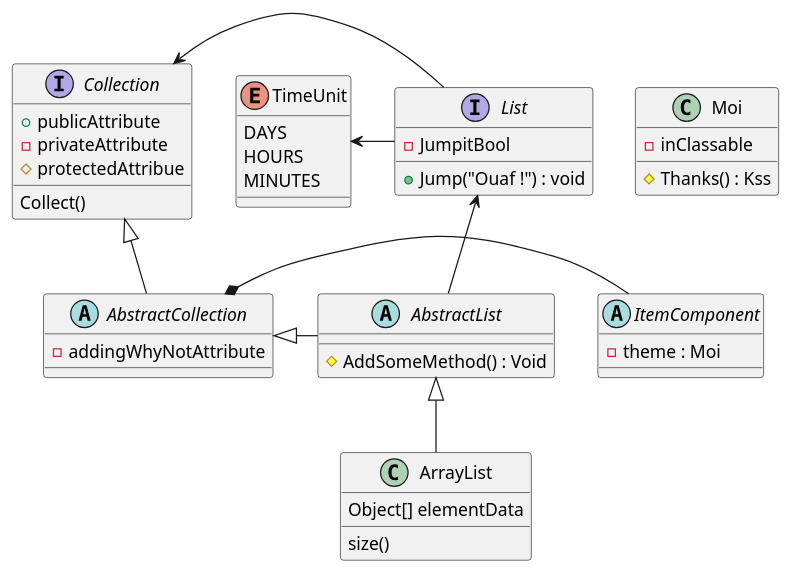
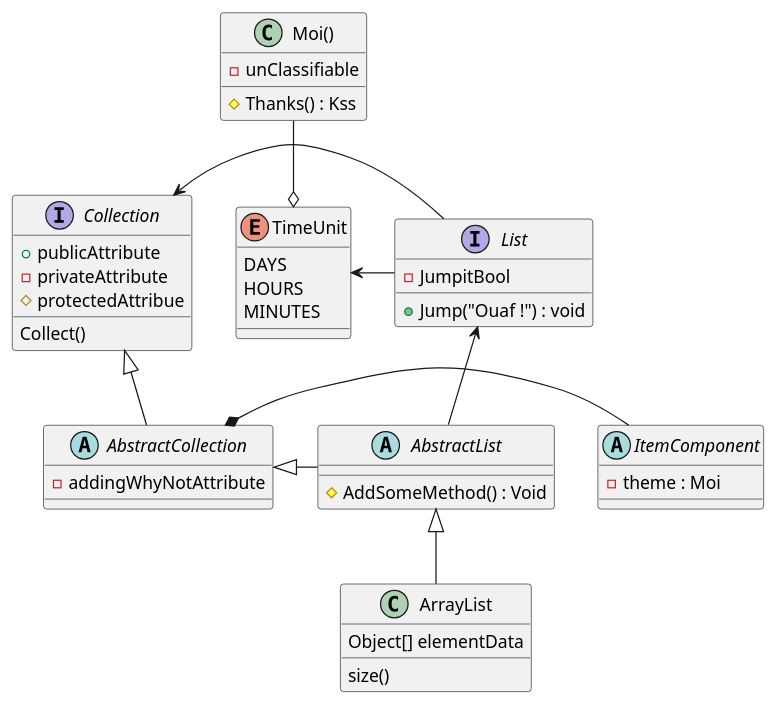
One commit to rdanf1/UML_1st_Sample_On_PhpStorm changed the diagram in PlantUML Sample Class Type.puml. Above: the diagram before and after it, drawn with PlantUML.

Commit message:
True ! ( Weak bonded with Time Unit -down- )

```diff
--- a/PlantUML Sample Class Type.puml
+++ b/PlantUML Sample Class Type.puml
@@ -1,51 +1,59 @@
 @startuml
 'https://plantuml.com/class-diagram
 
-class Moi {
-    - inClassable
+class Moi() {
+    - unClassifiable
     # Thanks() : Kss
 }
+'True ! ( Weak bonded with Time Unit )
+"Moi()" -down-o TimeUnit
+' These work too (any combination)
+'Moi *-down-* TimeUnit
+'Moi -down-+ TimeUnit
+'Moi -down-# TimeUnit
+
+
 
 abstract class AbstractList {
     # AddSomeMethod() : Void
 }
 abstract AbstractCollection {
     - addingWhyNotAttribute
 }
 interface List {
     - JumpitBool
     + Jump("Ouaf !") : void
     }
 interface Collection {
     + publicAttribute
     - privateAttribute
     # protectedAttribue
     Collect()
     }
 
 abstract ItemComponent {
     - theme : Moi
 }
 
 ' Bottom didn't work... (the rabbit)
 AbstractCollection *-Right- ItemComponent
 
 List <-- AbstractList
 Collection <|-- AbstractCollection
 Collection <- List
 AbstractCollection <|- AbstractList
 AbstractList <|-- ArrayList
 
 class ArrayList {
 Object[] elementData
 size()
 }
 enum TimeUnit {
 DAYS
 HOURS
 MINUTES
 }
 
 ' nice jump !
 TimeUnit <-right- List
 @enduml
```
